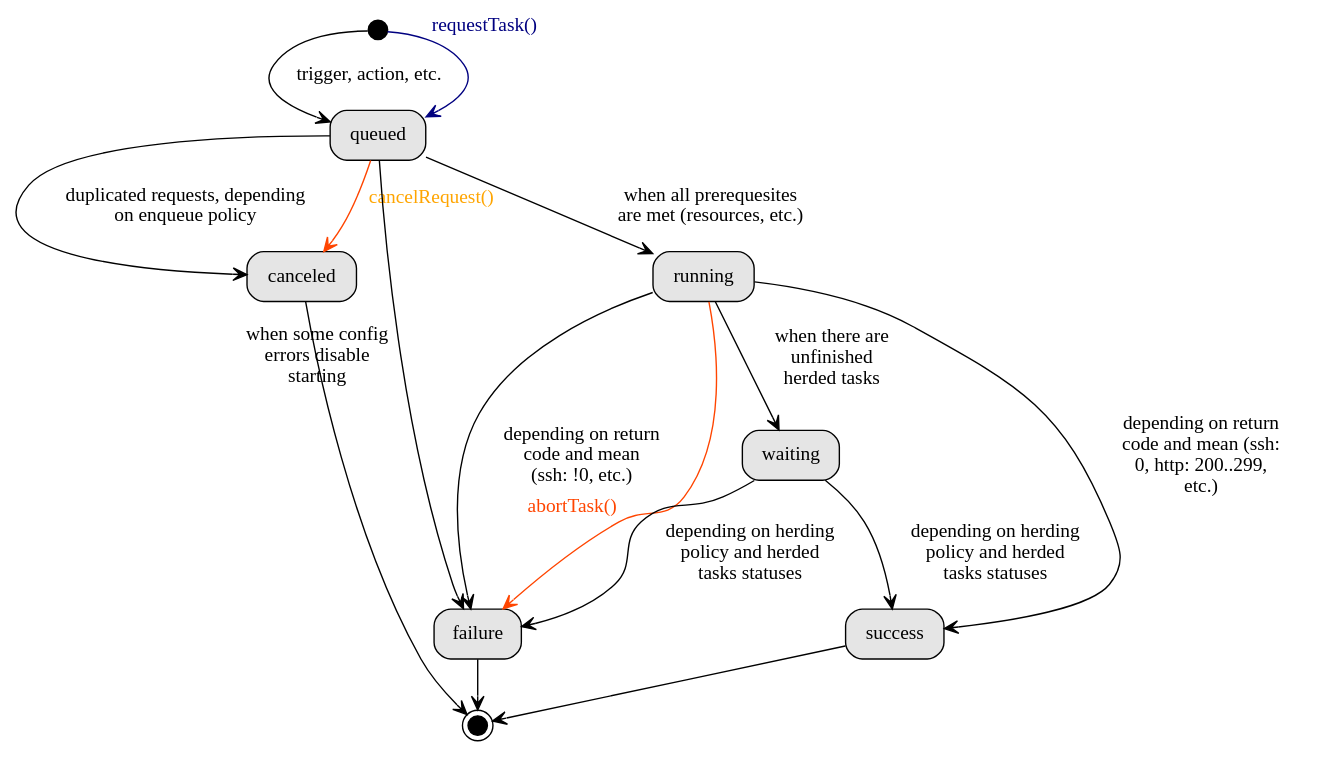
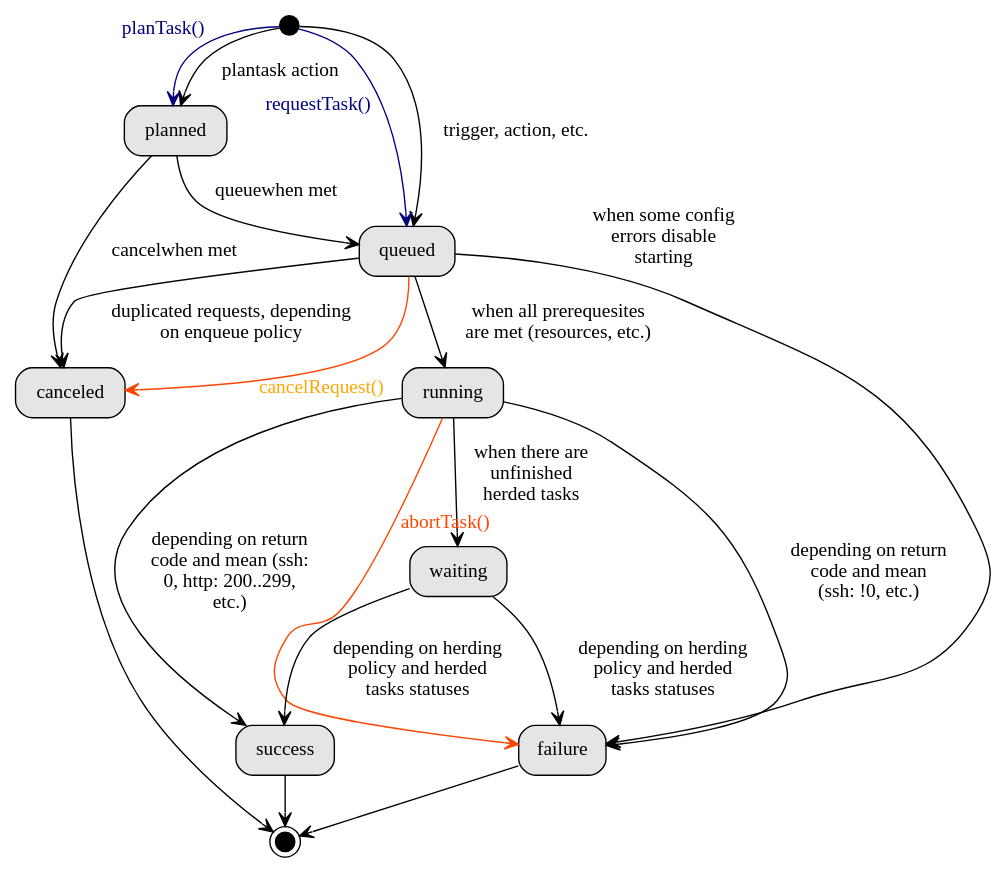
Before and after one commit to g76r/libqron: the diagram in doc/taskinstances_statuses.dot, drawn with Graphviz.

Commit message:
doc: added planned status to task instances status diagram

```diff
--- a/doc/taskinstances_statuses.dot
+++ b/doc/taskinstances_statuses.dot
@@ -1,31 +1,35 @@
 graph g {
   newrank=true;
   graph [xcompound=true,xranksep=1,splines=true,xrankdir=LR]
   edge [arrowhead=vee,dir=forward]
   node [shape=box,style="rounded,filled",fillcolor=grey90]
 
   start [shape=circle,style=filled,width=.2,label="",fillcolor=black]
   end [shape=circle,style=filled,width=.2,peripheries=2,label="",fillcolor=black]
 
+  start -- planned [label="plantask action"]
   start -- queued [label="trigger, action, etc."]
+  planned -- queued [label="queuewhen met"]
+  planned -- canceled [label="cancelwhen met"]
   queued -- canceled [label="duplicated requests, depending\non enqueue policy"]
   canceled -- end
   queued -- running [label="when all prerequesites\nare met (resources, etc.)"]
   running -- waiting [label="when there are\nunfinished\nherded tasks"]
   running -- success [label="depending on return\ncode and mean (ssh:\n0, http: 200..299,\netc.)"]
   running -- failure [label="depending on return\ncode and mean\n(ssh: !0, etc.)"]
   waiting -- success [label="depending on herding\npolicy and herded\ntasks statuses"]
   waiting -- failure [label="depending on herding\npolicy and herded\ntasks statuses"]
   queued -- failure [xlabel="when some config\nerrors disable\nstarting"]
   success -- end
   failure -- end
 
   edge [color=navy,fontcolor=navy]
+  start -- planned [xlabel="planTask()"]
   start -- queued [xlabel="requestTask()"]
 
   edge [color=orangered,fontcolor=orange]
   queued -- canceled [xlabel="cancelRequest()"]
 
   edge [color=orangered,fontcolor=orangered]
   running -- failure [xlabel="abortTask()"]
 }
```
